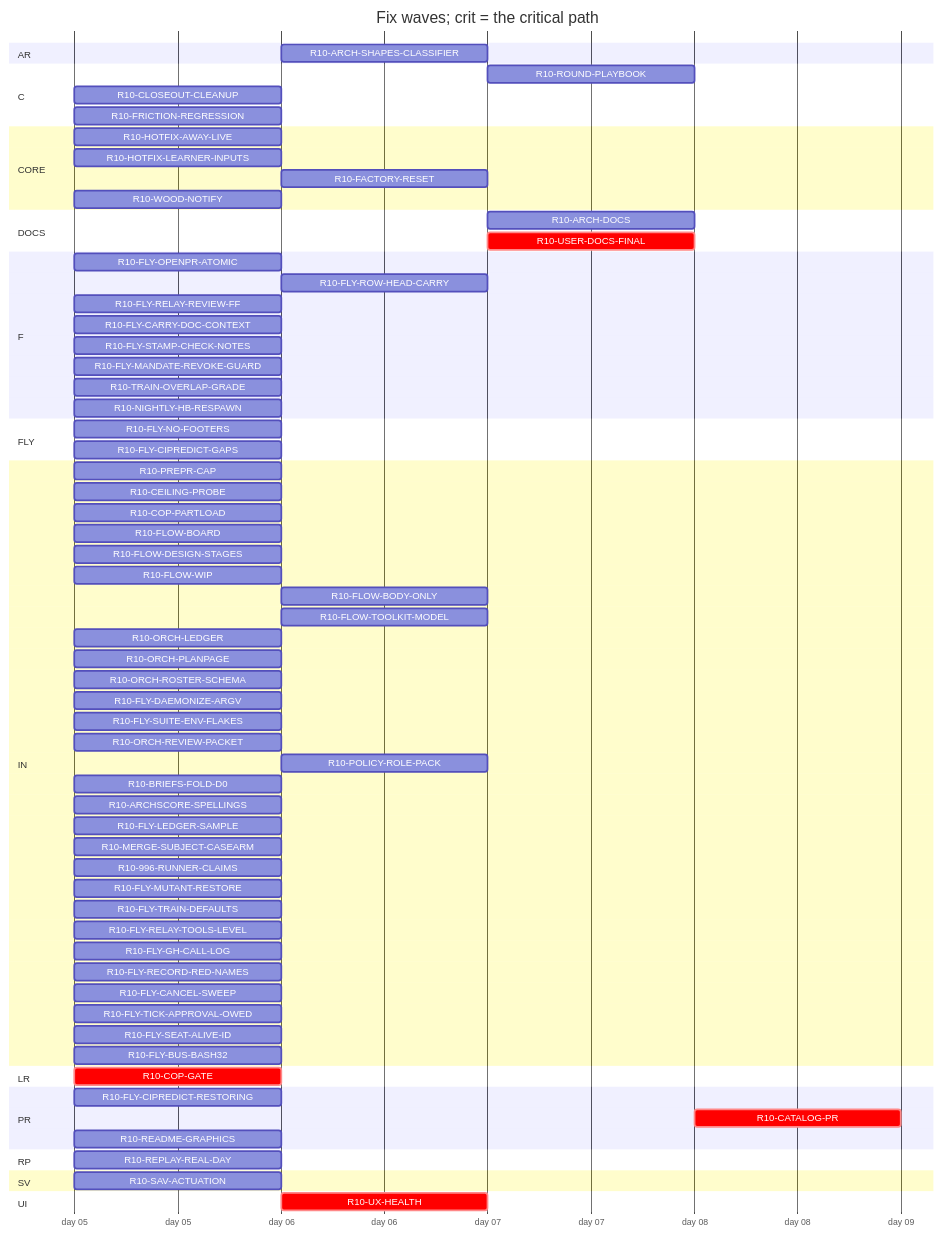
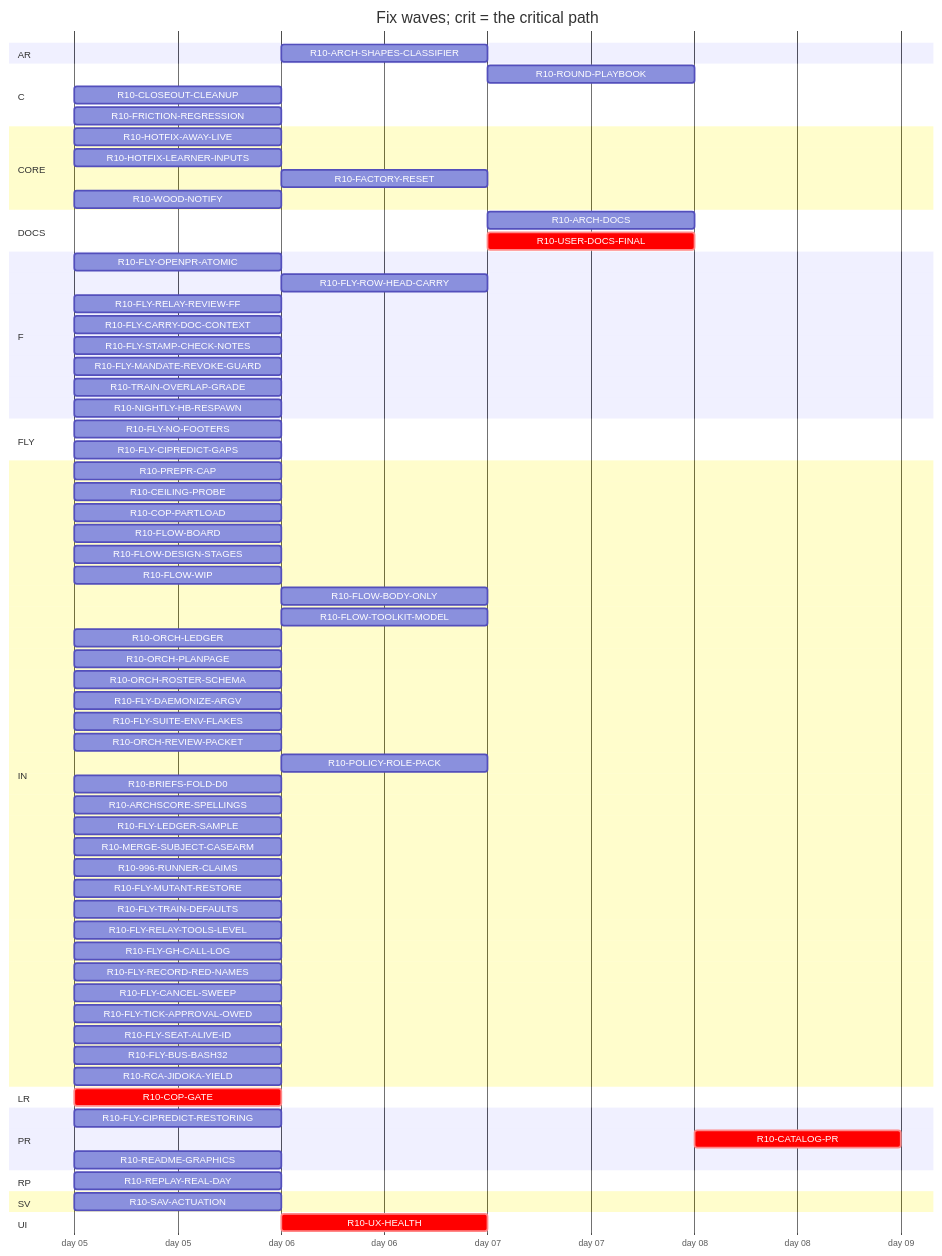
The diagram in handoff/round10/state/PLAN-TABLE.md (tvofi/heatpump_optimizer), drawn with Mermaid before and after one commit. The commit also changed other lines of this file and 1 other file, not shown here.

Commit message:
state: FLOW-BOARD.md, NEXT-SESSION-PROMPT.md, PLAN-TABLE.md, RESUME-CURRENT.md regenerated (state_docs.py)

````diff
--- a/handoff/round10/state/PLAN-TABLE.md
+++ b/handoff/round10/state/PLAN-TABLE.md
@@ -25,74 +25,75 @@
 ```mermaid
 gantt
   title Fix waves; crit = the critical path
   dateFormat YYYY-MM-DD
   axisFormat day %d
   section AR
     R10-ARCH-SHAPES-CLASSIFIER :r10ARCHSHAPESCLASSIFIER, after r10996RUNNERCLAIMS, 1d
   section C
     R10-ROUND-PLAYBOOK :r10ROUNDPLAYBOOK, after r10ORCHLEDGER r10ORCHPLANPAGE r10FLYRELAYREVIEWFF r10FLOWBODYONLY, 1d
     R10-CLOSEOUT-CLEANUP :r10CLOSEOUTCLEANUP, 2026-01-05, 1d
     R10-FRICTION-REGRESSION :r10FRICTIONREGRESSION, 2026-01-05, 1d
   section CORE
     R10-HOTFIX-AWAY-LIVE :r10HOTFIXAWAYLIVE, 2026-01-05, 1d
     R10-HOTFIX-LEARNER-INPUTS :r10HOTFIXLEARNERINPUTS, 2026-01-05, 1d
     R10-FACTORY-RESET :r10FACTORYRESET, after r10HOTFIXLEARNERINPUTS, 1d
     R10-WOOD-NOTIFY :r10WOODNOTIFY, 2026-01-05, 1d
   section DOCS
     R10-ARCH-DOCS :r10ARCHDOCS, after r10COPGATE r10UXHEALTH r10CEILINGPROBE r10COPPARTLOAD r10FLOWBOARD r10FLOWDESIGNSTAGES r10FLOWWIP r10FLOWBODYONLY r10FLYOPENPRATOMIC r10FLYROWHEADCARRY r10FLYRELAYREVIEWFF r10FLYCARRYDOCCONTEXT r10FLOWTOOLKITMODEL r10FLYSTAMPCHECKNOTES r10FLYMANDATEREVOKEGUARD r10TRAINOVERLAPGRADE r10NIGHTLYHBRESPAWN r10ORCHLEDGER r10ORCHPLANPAGE r10ORCHROSTERSCHEMA r10FLYDAEMONIZEARGV r10ORCHREVIEWPACKET r10POLICYROLEPACK r10BRIEFSFOLDD0 r10REPLAYREALDAY r10ARCHSCORESPELLINGS r10SAVACTUATION r10FLYLEDGERSAMPLE r10READMEGRAPHICS, 1d
     R10-USER-DOCS-FINAL :crit, r10USERDOCSFINAL, after r10COPGATE r10UXHEALTH r10CEILINGPROBE r10COPPARTLOAD r10FLOWBOARD r10FLOWDESIGNSTAGES r10FLOWWIP r10FLOWBODYONLY r10FLYOPENPRATOMIC r10FLYROWHEADCARRY r10FLYRELAYREVIEWFF r10FLYCARRYDOCCONTEXT r10FLOWTOOLKITMODEL r10FLYSTAMPCHECKNOTES r10FLYMANDATEREVOKEGUARD r10TRAINOVERLAPGRADE r10NIGHTLYHBRESPAWN r10ORCHLEDGER r10ORCHPLANPAGE r10ORCHROSTERSCHEMA r10FLYDAEMONIZEARGV r10ORCHREVIEWPACKET r10POLICYROLEPACK r10BRIEFSFOLDD0 r10REPLAYREALDAY r10ARCHSCORESPELLINGS r10SAVACTUATION r10FLYLEDGERSAMPLE r10READMEGRAPHICS r10HOTFIXAWAYLIVE r10HOTFIXLEARNERINPUTS r10FACTORYRESET r10WOODNOTIFY, 1d
   section F
     R10-FLY-OPENPR-ATOMIC :r10FLYOPENPRATOMIC, 2026-01-05, 1d
     R10-FLY-ROW-HEAD-CARRY :r10FLYROWHEADCARRY, after r10FLYOPENPRATOMIC, 1d
     R10-FLY-RELAY-REVIEW-FF :r10FLYRELAYREVIEWFF, 2026-01-05, 1d
     R10-FLY-CARRY-DOC-CONTEXT :r10FLYCARRYDOCCONTEXT, 2026-01-05, 1d
     R10-FLY-STAMP-CHECK-NOTES :r10FLYSTAMPCHECKNOTES, 2026-01-05, 1d
     R10-FLY-MANDATE-REVOKE-GUARD :r10FLYMANDATEREVOKEGUARD, 2026-01-05, 1d
     R10-TRAIN-OVERLAP-GRADE :r10TRAINOVERLAPGRADE, 2026-01-05, 1d
     R10-NIGHTLY-HB-RESPAWN :r10NIGHTLYHBRESPAWN, 2026-01-05, 1d
   section FLY
     R10-FLY-NO-FOOTERS :r10FLYNOFOOTERS, 2026-01-05, 1d
     R10-FLY-CIPREDICT-GAPS :r10FLYCIPREDICTGAPS, 2026-01-05, 1d
   section IN
     R10-PREPR-CAP :r10PREPRCAP, 2026-01-05, 1d
     R10-CEILING-PROBE :r10CEILINGPROBE, 2026-01-05, 1d
     R10-COP-PARTLOAD :r10COPPARTLOAD, 2026-01-05, 1d
     R10-FLOW-BOARD :r10FLOWBOARD, 2026-01-05, 1d
     R10-FLOW-DESIGN-STAGES :r10FLOWDESIGNSTAGES, 2026-01-05, 1d
     R10-FLOW-WIP :r10FLOWWIP, 2026-01-05, 1d
     R10-FLOW-BODY-ONLY :r10FLOWBODYONLY, after r10FLYOPENPRATOMIC, 1d
     R10-FLOW-TOOLKIT-MODEL :r10FLOWTOOLKITMODEL, after r10ORCHPLANPAGE, 1d
     R10-ORCH-LEDGER :r10ORCHLEDGER, 2026-01-05, 1d
     R10-ORCH-PLANPAGE :r10ORCHPLANPAGE, 2026-01-05, 1d
     R10-ORCH-ROSTER-SCHEMA :r10ORCHROSTERSCHEMA, 2026-01-05, 1d
     R10-FLY-DAEMONIZE-ARGV :r10FLYDAEMONIZEARGV, 2026-01-05, 1d
     R10-FLY-SUITE-ENV-FLAKES :r10FLYSUITEENVFLAKES, 2026-01-05, 1d
     R10-ORCH-REVIEW-PACKET :r10ORCHREVIEWPACKET, 2026-01-05, 1d
     R10-POLICY-ROLE-PACK :r10POLICYROLEPACK, after r10FLOWDESIGNSTAGES, 1d
     R10-BRIEFS-FOLD-D0 :r10BRIEFSFOLDD0, 2026-01-05, 1d
     R10-ARCHSCORE-SPELLINGS :r10ARCHSCORESPELLINGS, 2026-01-05, 1d
     R10-FLY-LEDGER-SAMPLE :r10FLYLEDGERSAMPLE, 2026-01-05, 1d
     R10-MERGE-SUBJECT-CASEARM :r10MERGESUBJECTCASEARM, 2026-01-05, 1d
     R10-996-RUNNER-CLAIMS :r10996RUNNERCLAIMS, 2026-01-05, 1d
     R10-FLY-MUTANT-RESTORE :r10FLYMUTANTRESTORE, 2026-01-05, 1d
     R10-FLY-TRAIN-DEFAULTS :r10FLYTRAINDEFAULTS, 2026-01-05, 1d
     R10-FLY-RELAY-TOOLS-LEVEL :r10FLYRELAYTOOLSLEVEL, 2026-01-05, 1d
     R10-FLY-GH-CALL-LOG :r10FLYGHCALLLOG, 2026-01-05, 1d
     R10-FLY-RECORD-RED-NAMES :r10FLYRECORDREDNAMES, 2026-01-05, 1d
     R10-FLY-CANCEL-SWEEP :r10FLYCANCELSWEEP, 2026-01-05, 1d
     R10-FLY-TICK-APPROVAL-OWED :r10FLYTICKAPPROVALOWED, 2026-01-05, 1d
     R10-FLY-SEAT-ALIVE-ID :r10FLYSEATALIVEID, 2026-01-05, 1d
     R10-FLY-BUS-BASH32 :r10FLYBUSBASH32, 2026-01-05, 1d
+    R10-RCA-JIDOKA-YIELD :r10RCAJIDOKAYIELD, 2026-01-05, 1d
   section LR
     R10-COP-GATE :crit, r10COPGATE, 2026-01-05, 1d
   section PR
     R10-FLY-CIPREDICT-RESTORING :r10FLYCIPREDICTRESTORING, 2026-01-05, 1d
     R10-CATALOG-PR :crit, r10CATALOGPR, after r10READMEGRAPHICS r10USERDOCSFINAL, 1d
     R10-README-GRAPHICS :r10READMEGRAPHICS, 2026-01-05, 1d
   section RP
     R10-REPLAY-REAL-DAY :r10REPLAYREALDAY, 2026-01-05, 1d
   section SV
     R10-SAV-ACTUATION :r10SAVACTUATION, 2026-01-05, 1d
   section UI
     R10-UX-HEALTH :crit, r10UXHEALTH, after r10COPGATE, 1d
 ```
````
